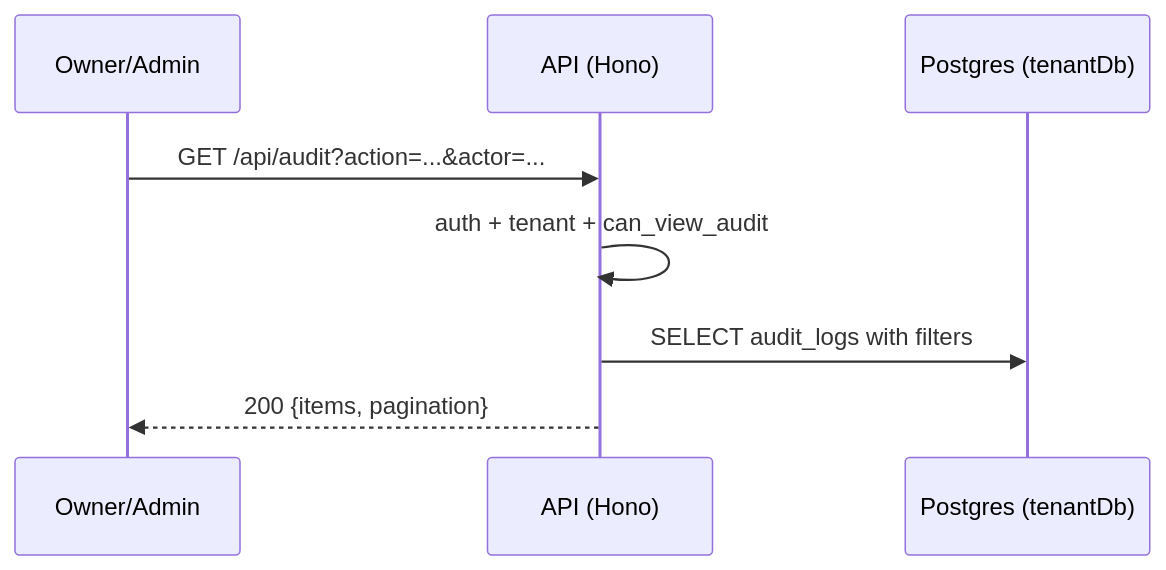
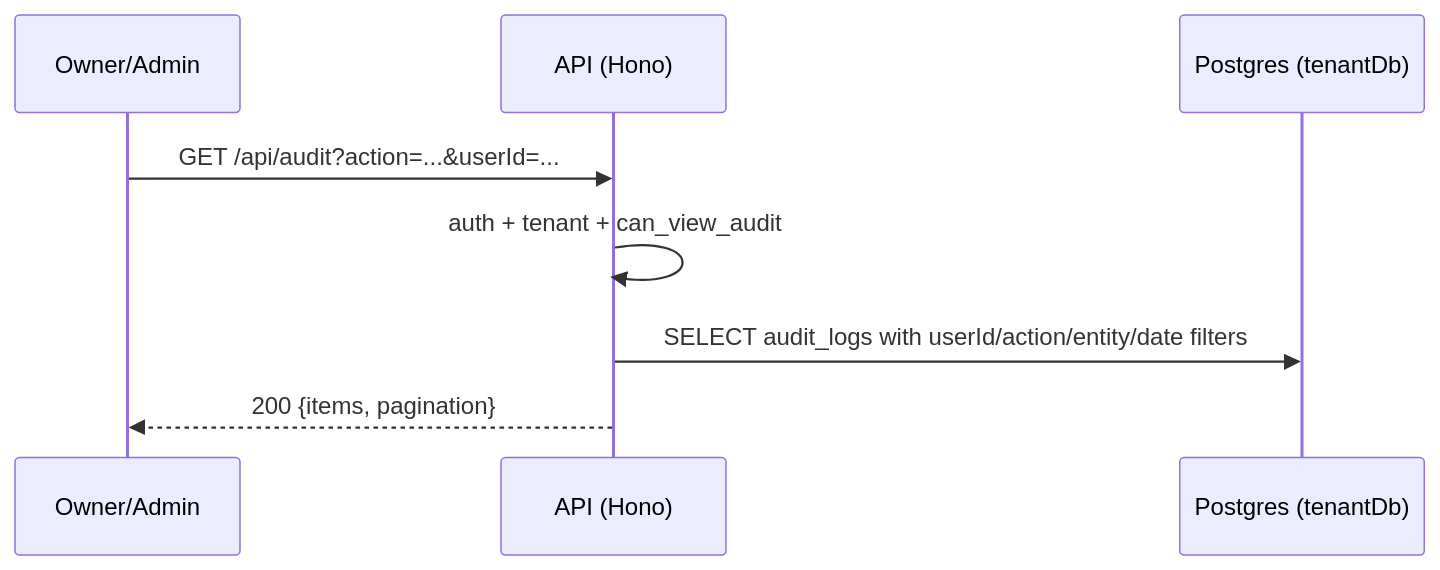
The diagram in docs/apis/audit.md (ygncode/wateaminbox), drawn with Mermaid before and after one commit. The commit also changed other lines of this file and 27 other files, not shown here.

````diff
--- a/docs/apis/audit.md
+++ b/docs/apis/audit.md
@@ -22,10 +22,10 @@
 ```mermaid
 sequenceDiagram
     participant U as Owner/Admin
     participant A as API (Hono)
     participant D as Postgres (tenantDb)
-    U->>A: GET /api/audit?action=...&actor=...
+    U->>A: GET /api/audit?action=...&userId=...
     A->>A: auth + tenant + can_view_audit
-    A->>D: SELECT audit_logs with filters
+    A->>D: SELECT audit_logs with userId/action/entity/date filters
     A-->>U: 200 {items, pagination}
 ```
````
